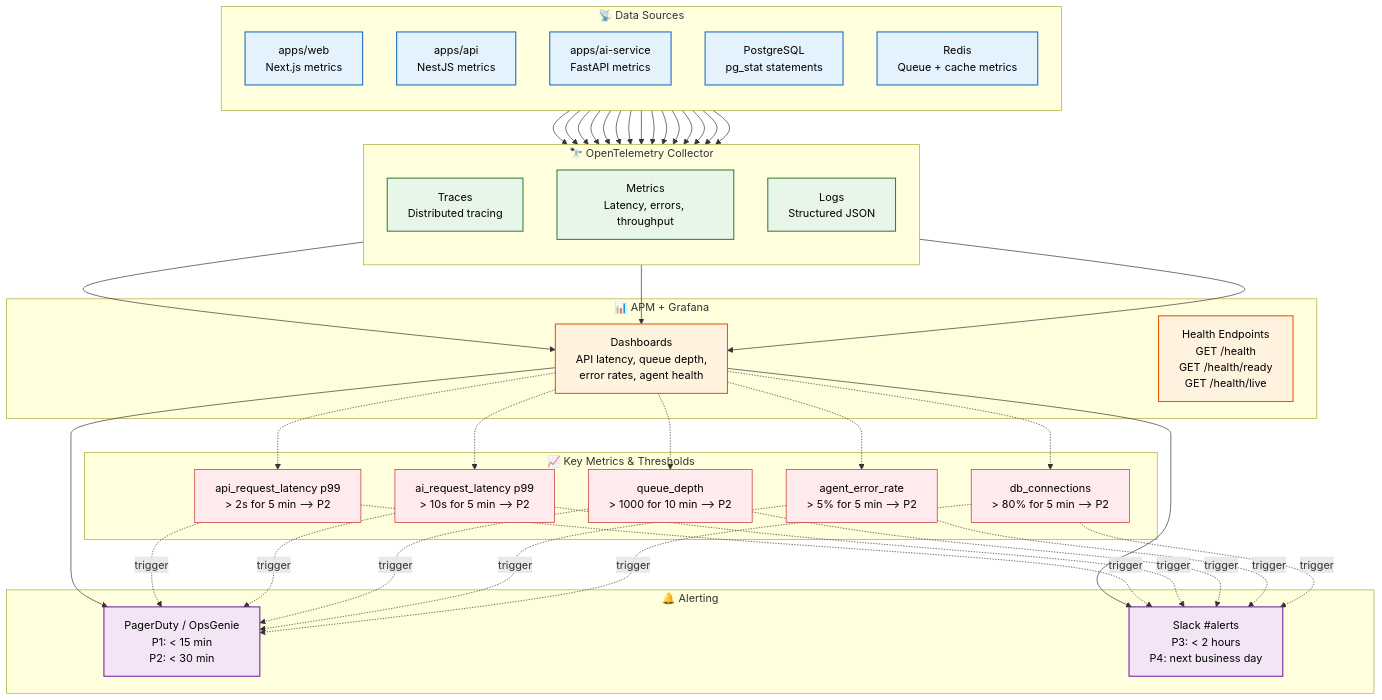
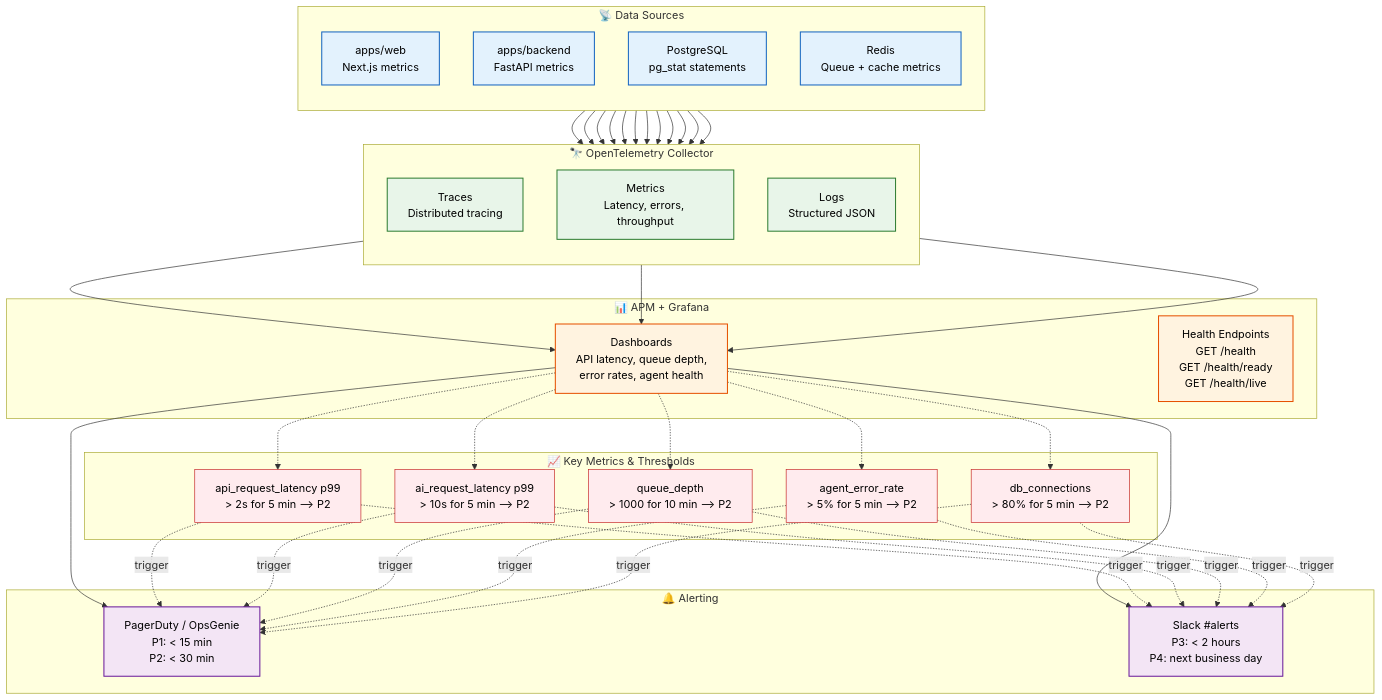
The first of 2 diagrams in docs/devops/Monitoring.md (Driftloom/Vaeloom), drawn with Mermaid before and after one commit. The commit also changed other lines of this file and 159 other files, not shown here.

````diff
--- a/docs/devops/Monitoring.md
+++ b/docs/devops/Monitoring.md
@@ -8,55 +7,54 @@
 ```mermaid
 graph TD
     classDef sources fill:#e3f2fd,stroke:#1565c0,color:#000,stroke-width:1.5px
     classDef otel fill:#e8f5e9,stroke:#2e7d32,color:#000,stroke-width:1.5px
     classDef viz fill:#fff3e0,stroke:#e65100,color:#000,stroke-width:1.5px
     classDef alert fill:#f3e5f5,stroke:#6a1b9a,color:#000,stroke-width:1.5px
     classDef metric fill:#ffebee,stroke:#c62828,color:#000,stroke-width:1px
 
     subgraph Sources["📡 Data Sources"]
         direction TB
         S1["apps/web<br/>Next.js metrics"]
-        S2["apps/api<br/>NestJS metrics"]
-        S3["apps/ai-service<br/>FastAPI metrics"]
+        S2["apps/backend<br/>FastAPI metrics"]
         S4["PostgreSQL<br/>pg_stat statements"]
         S5["Redis<br/>Queue + cache metrics"]
     end
 
     subgraph Otel["🔭 OpenTelemetry Collector"]
         direction TB
         O1["Traces<br/>Distributed tracing"]
         O2["Metrics<br/>Latency, errors, throughput"]
         O3["Logs<br/>Structured JSON"]
     end
 
     subgraph Visualization["📊 APM + Grafana"]
         V1["Dashboards<br/>API latency, queue depth,\nerror rates, agent health"]
         V2["Health Endpoints<br/>GET /health<br/>GET /health/ready<br/>GET /health/live"]
     end
 
     subgraph Alerts["🔔 Alerting"]
         A1["PagerDuty / OpsGenie<br/>P1: < 15 min<br/>P2: < 30 min"]
         A2["Slack #alerts<br/>P3: < 2 hours<br/>P4: next business day"]
     end
 
     subgraph KeyMetrics["📈 Key Metrics & Thresholds"]
         K1["api_request_latency p99<br/>> 2s for 5 min --> P2"]
         K2["ai_request_latency p99<br/>> 10s for 5 min --> P2"]
         K3["queue_depth<br/>> 1000 for 10 min --> P2"]
         K4["agent_error_rate<br/>> 5% for 5 min --> P2"]
         K5["db_connections<br/>> 80% for 5 min --> P2"]
     end
 
-    S1 & S2 & S3 & S4 & S5 --> O1 & O2 & O3
+    S1 & S2 & S4 & S5 --> O1 & O2 & O3
     O1 & O2 & O3 --> V1
     V1 --> A1 & A2
     V1 -.-> K1 & K2 & K3 & K4 & K5
     K1 & K2 & K3 & K4 & K5 -.->|trigger| A1 & A2
 
-    class S1,S2,S3,S4,S5 sources
+    class S1,S2,S4,S5 sources
     class O1,O2,O3 otel
     class V1,V2 viz
     class A1,A2 alert
     class K1,K2,K3,K4,K5 metric
 
 ```
````
